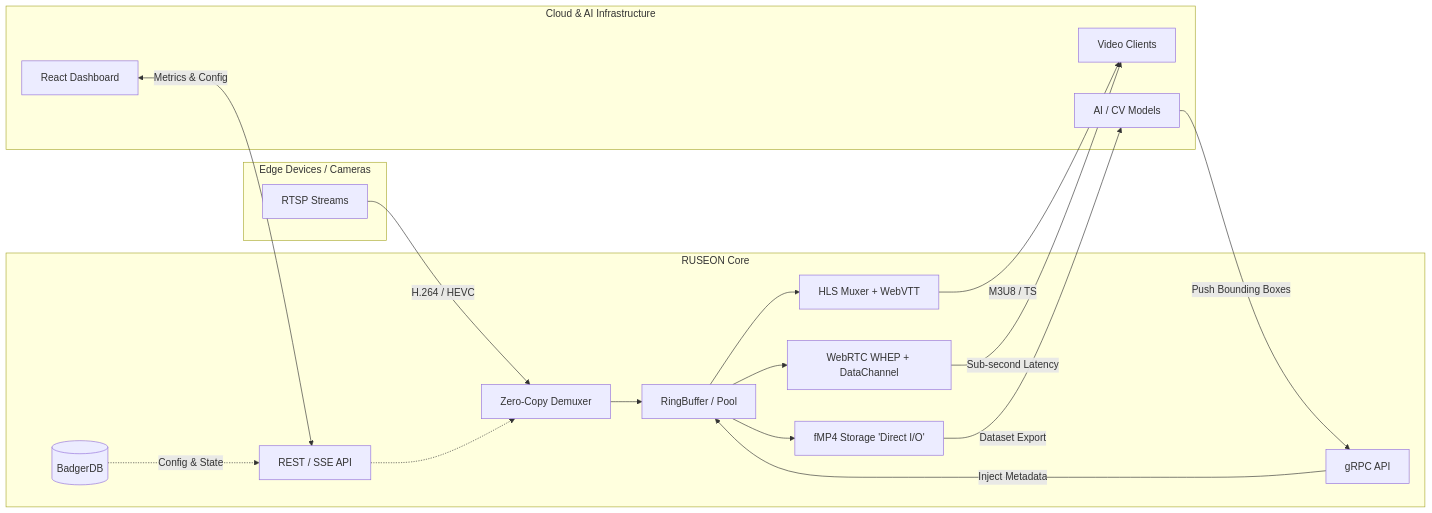
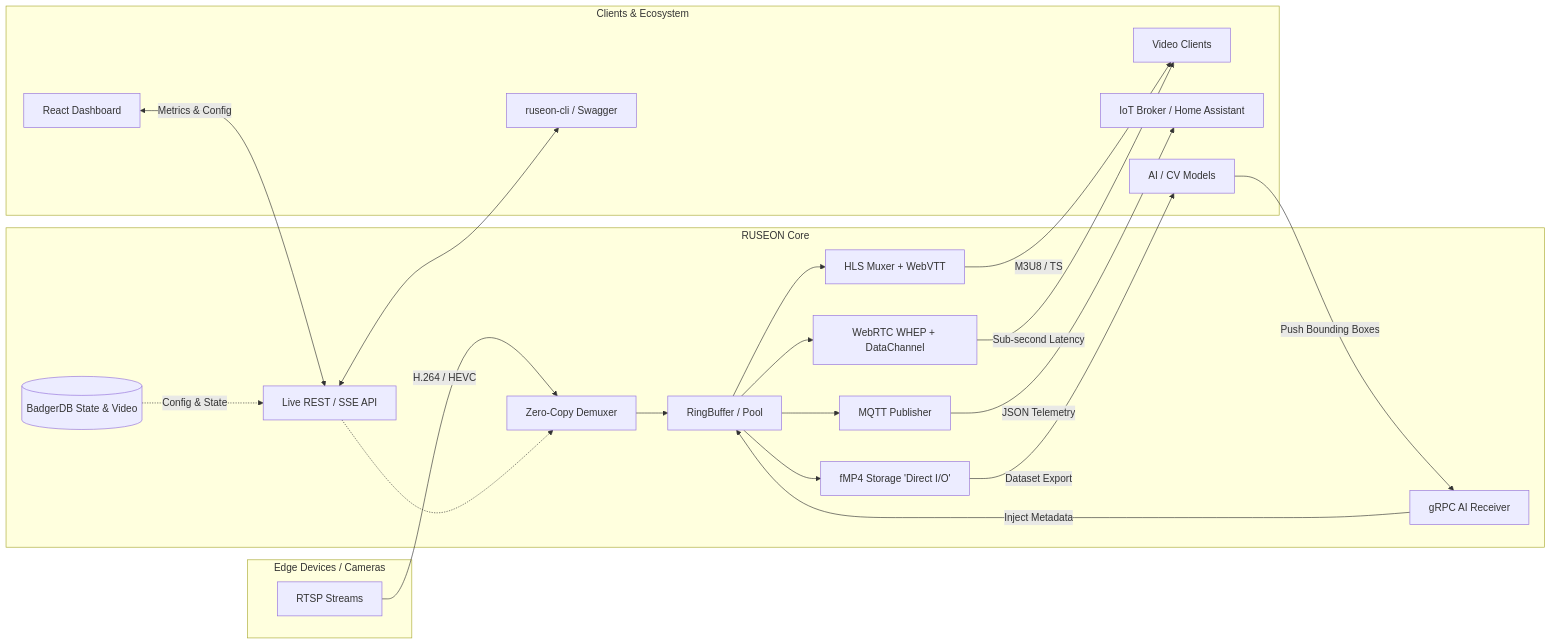
One commit to RUSEGAL/ruseon-core changed the diagram in README.md. Above: the diagram before and after it, drawn with Mermaid. The commit also changed other lines of this file and 4 other files, not shown here.

Commit message:
docs: sync architecture, context and readme with latest enterprise features

````diff
--- a/README.md
+++ b/README.md
@@ -62,48 +65,54 @@
 ```mermaid
 graph LR
   subgraph Edge [Edge Devices / Cameras]
     Cam[RTSP Streams]
   end
 
   subgraph Engine [RUSEON Core]
-    API[REST / SSE API]
-    gRPC[gRPC API]
+    API[Live REST / SSE API]
+    gRPC[gRPC AI Receiver]
     Demux[Zero-Copy Demuxer]
     Pool[RingBuffer / Pool]
     HLS[HLS Muxer + WebVTT]
     RTC[WebRTC WHEP + DataChannel]
     Rec[fMP4 Storage 'Direct I/O']
-    DB[(BadgerDB)]
+    MQTT[MQTT Publisher]
+    DB[(BadgerDB State & Video)]
   end
 
-  subgraph Cloud [Cloud & AI Infrastructure]
+  subgraph Clients [Clients & Ecosystem]
     Dashboard[React Dashboard]
+    CLI[ruseon-cli / Swagger]
     Player[Video Clients]
+    IoT[IoT Broker / Home Assistant]
     AI[AI / CV Models]
   end
 
   %% Ingest Pipeline
   Cam -->|H.264 / HEVC| Demux
   Demux --> Pool
   
   %% Delivery Pipeline
   Pool --> HLS
   Pool --> RTC
   Pool --> Rec
+  Pool --> MQTT
   
   %% State Management
   DB -.->|Config & State| API
   API -.-> Demux
+  API <--> CLI
   
-  %% AI Metadata Loop (New Feature!)
+  %% AI Metadata Loop
   AI -->|Push Bounding Boxes| gRPC
   gRPC -->|Inject Metadata| Pool
   
   %% Outputs
   HLS -->|M3U8 / TS| Player
   RTC -->|Sub-second Latency| Player
   Rec -->|Dataset Export| AI
+  MQTT -->|JSON Telemetry| IoT
   
   %% Observability
   Dashboard <-->|Metrics & Config| API
 ```
````
